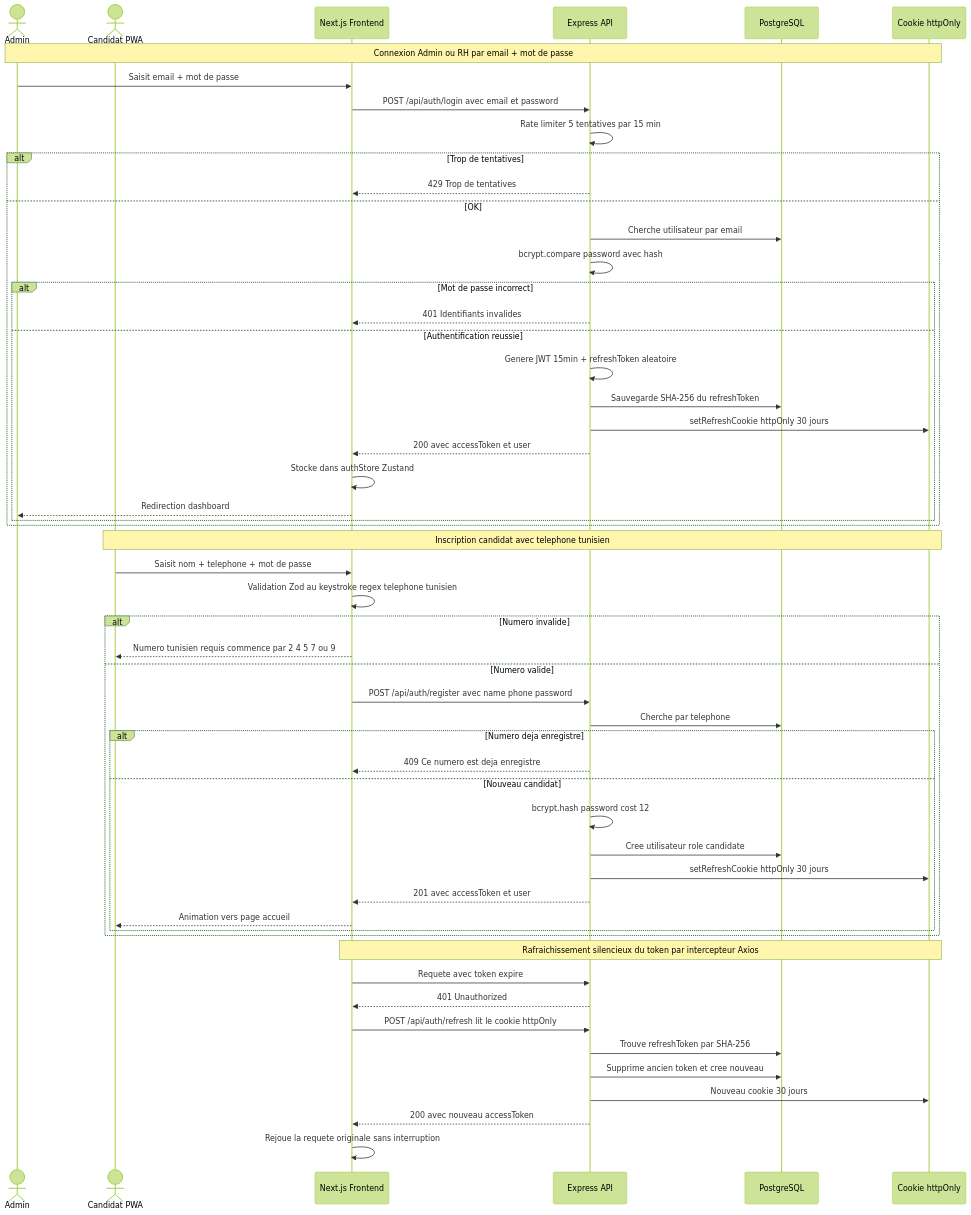
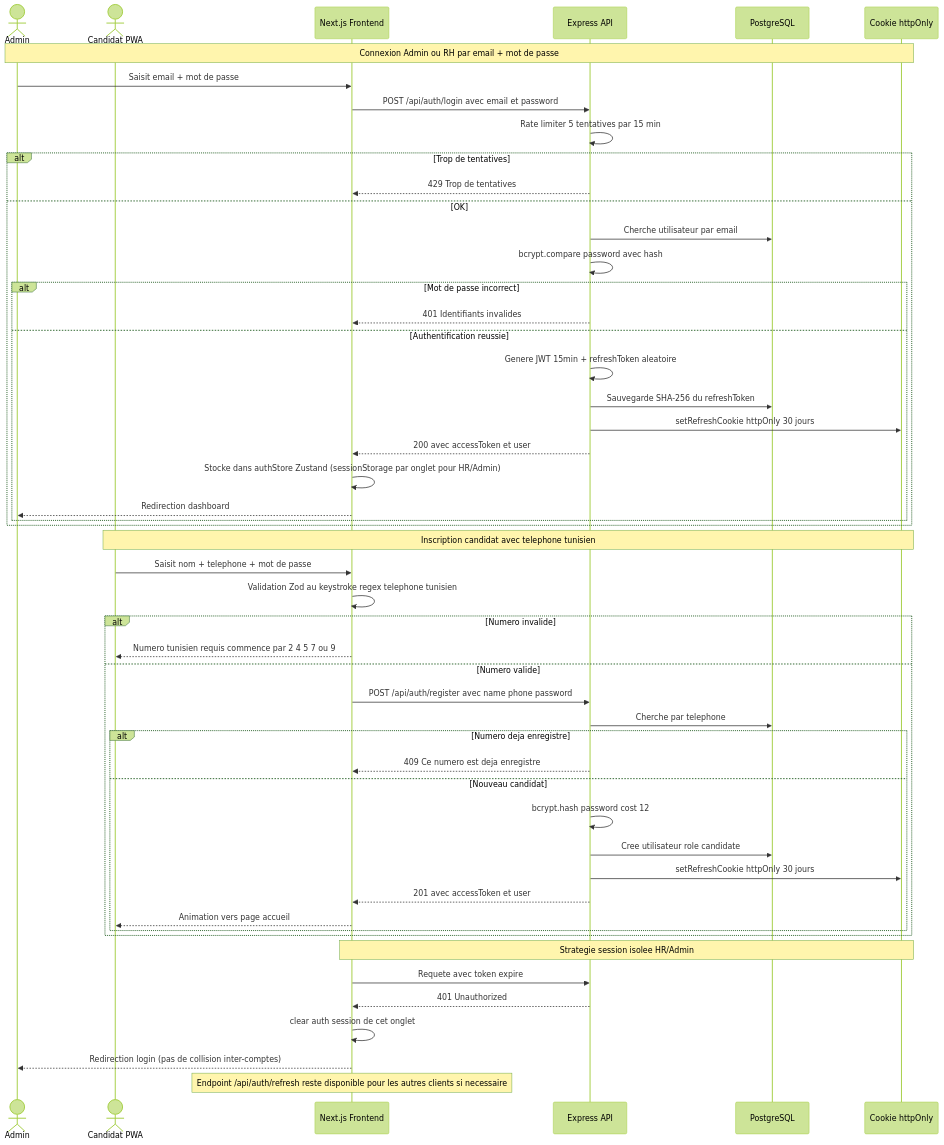
Before and after one commit to foudhilriahi/schulte: the diagram in diagramms/03_sequence_auth.md, drawn with Mermaid (forest theme). The commit also changed other lines of this file and 5 other files, not shown here.

Commit message:
feat: Update ERD and sequence diagrams to enhance clarity and add new requirements

````diff
--- a/diagramms/03_sequence_auth.md
+++ b/diagramms/03_sequence_auth.md
@@ -4,62 +4,60 @@
 ```mermaid
 sequenceDiagram
     actor Admin as Admin
     actor Candidat as Candidat PWA
     participant Frontend as Next.js Frontend
     participant Backend as Express API
     participant DB as PostgreSQL
     participant Cookie as Cookie httpOnly
 
     Note over Admin, Cookie: Connexion Admin ou RH par email + mot de passe
 
     Admin->>Frontend: Saisit email + mot de passe
     Frontend->>Backend: POST /api/auth/login avec email et password
     Backend->>Backend: Rate limiter 5 tentatives par 15 min
     alt Trop de tentatives
         Backend-->>Frontend: 429 Trop de tentatives
     else OK
         Backend->>DB: Cherche utilisateur par email
         Backend->>Backend: bcrypt.compare password avec hash
         alt Mot de passe incorrect
             Backend-->>Frontend: 401 Identifiants invalides
         else Authentification reussie
             Backend->>Backend: Genere JWT 15min + refreshToken aleatoire
             Backend->>DB: Sauvegarde SHA-256 du refreshToken
             Backend->>Cookie: setRefreshCookie httpOnly 30 jours
             Backend-->>Frontend: 200 avec accessToken et user
-            Frontend->>Frontend: Stocke dans authStore Zustand
+            Frontend->>Frontend: Stocke dans authStore Zustand (sessionStorage par onglet pour HR/Admin)
             Frontend-->>Admin: Redirection dashboard
         end
     end
 
     Note over Candidat, Cookie: Inscription candidat avec telephone tunisien
 
     Candidat->>Frontend: Saisit nom + telephone + mot de passe
     Frontend->>Frontend: Validation Zod au keystroke regex telephone tunisien
     alt Numero invalide
         Frontend-->>Candidat: Numero tunisien requis commence par 2 4 5 7 ou 9
     else Numero valide
         Frontend->>Backend: POST /api/auth/register avec name phone password
         Backend->>DB: Cherche par telephone
         alt Numero deja enregistre
             Backend-->>Frontend: 409 Ce numero est deja enregistre
         else Nouveau candidat
             Backend->>Backend: bcrypt.hash password cost 12
             Backend->>DB: Cree utilisateur role candidate
             Backend->>Cookie: setRefreshCookie httpOnly 30 jours
             Backend-->>Frontend: 201 avec accessToken et user
             Frontend-->>Candidat: Animation vers page accueil
         end
     end
 
-    Note over Frontend, Cookie: Rafraichissement silencieux du token par intercepteur Axios
+    Note over Frontend, Cookie: Strategie session isolee HR/Admin
 
     Frontend->>Backend: Requete avec token expire
     Backend-->>Frontend: 401 Unauthorized
-    Frontend->>Backend: POST /api/auth/refresh lit le cookie httpOnly
-    Backend->>DB: Trouve refreshToken par SHA-256
-    Backend->>DB: Supprime ancien token et cree nouveau
-    Backend->>Cookie: Nouveau cookie 30 jours
-    Backend-->>Frontend: 200 avec nouveau accessToken
-    Frontend->>Frontend: Rejoue la requete originale sans interruption
+    Frontend->>Frontend: clear auth session de cet onglet
+    Frontend-->>Admin: Redirection login (pas de collision inter-comptes)
+
+    Note over Frontend: Endpoint /api/auth/refresh reste disponible pour les autres clients si necessaire
 ```
````
